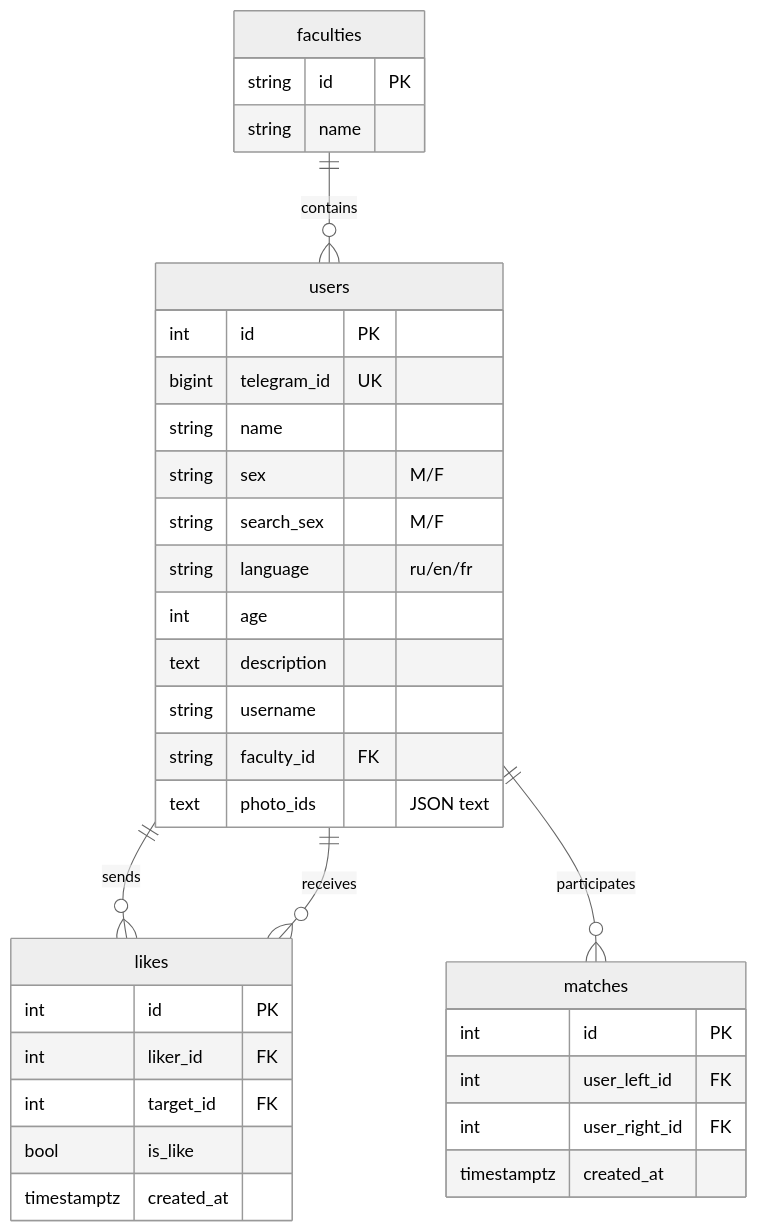
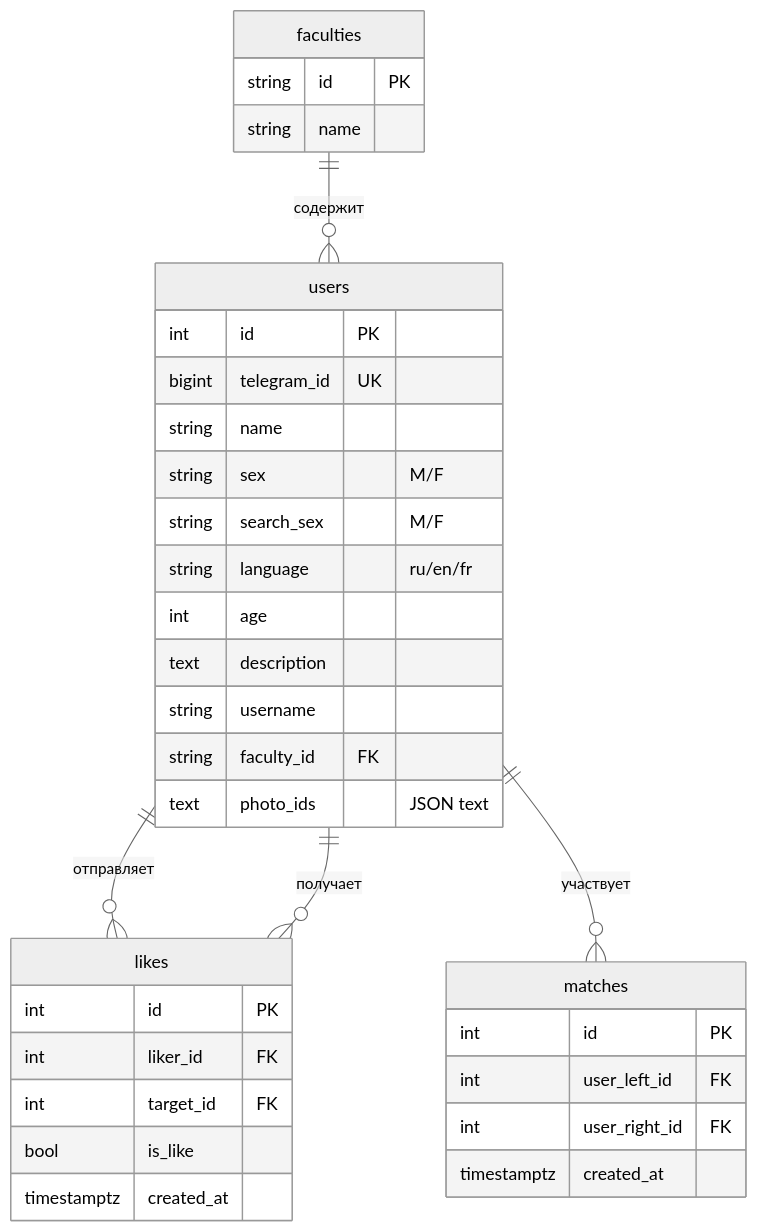
One commit to fpetrov/DateMate changed the first of 4 diagrams in Python_Project.md. Above: the diagram before and after it, drawn with Mermaid (neutral theme). The commit also changed other lines of this file, not shown here.

````diff
--- a/Python_Project.md
+++ b/Python_Project.md
@@ -41,41 +41,41 @@
 ```mermaid
 erDiagram
     faculties {
         string id PK
         string name
     }
 
     users {
         int id PK
         bigint telegram_id UK
         string name
         string sex "M/F"
         string search_sex "M/F"
         string language "ru/en/fr"
         int age
         text description
         string username
         string faculty_id FK
         text photo_ids "JSON text"
     }
 
     likes {
         int id PK
         int liker_id FK
         int target_id FK
         bool is_like
         timestamptz created_at
     }
 
     matches {
         int id PK
         int user_left_id FK
         int user_right_id FK
         timestamptz created_at
     }
 
-    faculties ||--o{ users : contains
-    users ||--o{ likes : sends
-    users ||--o{ likes : receives
-    users ||--o{ matches : participates
+    faculties ||--o{ users : содержит
+    users ||--o{ likes : отправляет
+    users ||--o{ likes : получает
+    users ||--o{ matches : участвует
 ```
````
